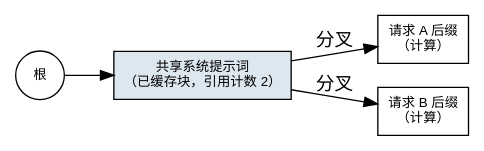
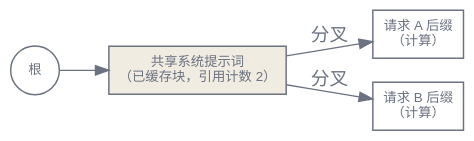
One commit to latere-ai/ai-as-an-infrastructure changed the third of 4 diagrams in zh/p4-inference/17-memory-scheduling.qmd. Above: the diagram before and after it, drawn with Graphviz. The commit also changed 186 other files, not shown here.

First line of the commit message:
book: visual audit pass on all diagrams and figures

````diff
--- a/zh/p4-inference/17-memory-scheduling.qmd
+++ b/zh/p4-inference/17-memory-scheduling.qmd
@@ -74,15 +74,17 @@
 ```{dot}
 //| label: fig-memory-scheduling-radix
 //| fig-cap: "基数树中的前缀共享。两个带相同系统提示词的请求共享其已缓存的块直到分叉点，只计算它们词元分岔处的后缀。共享节点带引用计数，并在越过它的首次写入时被复制。改编自 Zheng 等，2024。"
 digraph radix {
   rankdir=LR;
-  node [shape=box, fontname="Helvetica", fontsize=10];
+  bgcolor="transparent";
+  node [shape=box, fontname="Helvetica", fontsize=10, color="#6b7280", fontcolor="#6b7280", penwidth=1.1];
+  edge [color="#6b7280", fontcolor="#6b7280"];
   root [label="根", shape=circle, width=0.3];
-  shared [label="共享系统提示词\n（已缓存块，引用计数 2）", style=filled, fillcolor="#dde7f0"];
+  shared [label="共享系统提示词\n（已缓存块，引用计数 2）", style=filled, fillcolor="#f1ece1"];
   sufA [label="请求 A 后缀\n（计算）"];
   sufB [label="请求 B 后缀\n（计算）"];
   root -> shared;
   shared -> sufA [label="分叉"];
   shared -> sufB [label="分叉"];
 }
 ```
````
